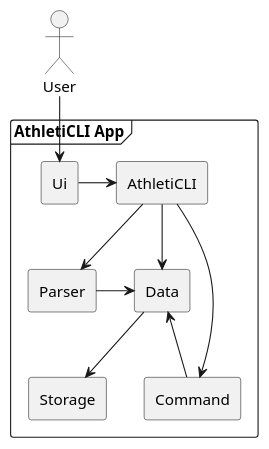
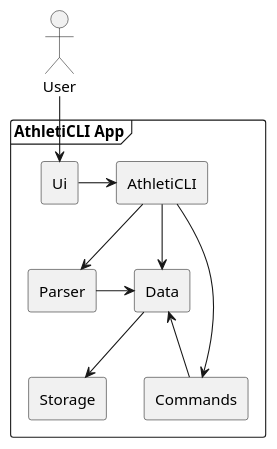
The diagram in docs/puml/architectureDiagram.puml (AY2324S1-CS2113-T17-1/tp), drawn with PlantUML before and after one commit. The commit also changed 2 other files, not shown here.

```diff
--- a/docs/puml/architectureDiagram.puml
+++ b/docs/puml/architectureDiagram.puml
@@ -1,39 +1,39 @@
 @startuml
 'https://plantuml.com/class-diagram
 '!include style.puml
 hide footbox
 
 actor User
 'box  #white
 'frame     ""f"
 'participant user2
 'participant AthletiCLI
 'participant Ui
 'participant Parser
 'participant Data
 'participant Storage
-'participant Command
+'participant Commands
 frame "AthletiCLI App"{
 rectangle AthletiCLI
 rectangle Ui
 rectangle Parser
 rectangle Data
 rectangle Storage
-rectangle Command
+rectangle Commands
 'end rectangle
 
 }
 'end frame
 'end box
 
 User -d-> Ui
 Ui -r-> AthletiCLI
 AthletiCLI -d-> Parser
-AthletiCLI -d-> Command
+AthletiCLI -d-> Commands
 AthletiCLI -d-> Data
-Command -u-> Data
+Commands -u-> Data
 Parser -r-> Data
 Data -d-> Storage
 
 
 @enduml
```
